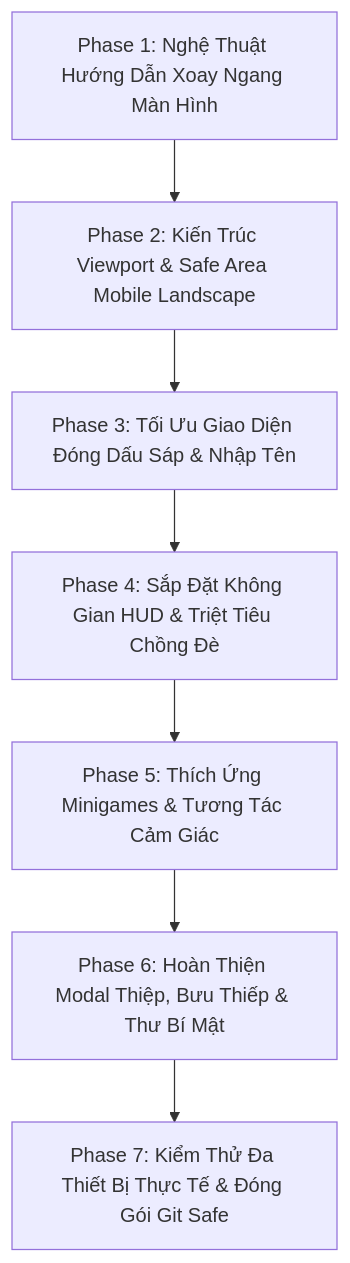
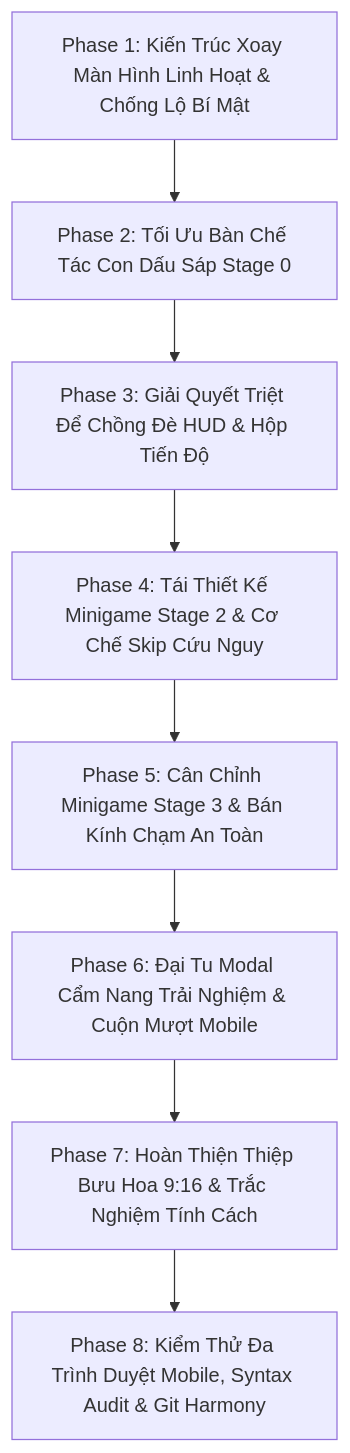
Before and after one commit to epic-qhqn/bi-mat-gi-o-day-nhi: the diagram in tasks/plan.md, drawn with Mermaid. The commit also changed other lines of this file and 1 other file, not shown here.

Commit message:
docs(plan): establish comprehensive 8-phase mobile UI overhaul based on iPhone 14 Safari audit

````diff
--- a/tasks/plan.md
+++ b/tasks/plan.md
@@ -33,9 +30,10 @@
 ```mermaid
 flowchart TD
-    P1["Phase 1: Nghệ Thuật Hướng Dẫn Xoay Ngang Màn Hình"] --> P2["Phase 2: Kiến Trúc Viewport & Safe Area Mobile Landscape"]
-    P2 --> P3["Phase 3: Tối Ưu Giao Diện Đóng Dấu Sáp & Nhập Tên"]
-    P3 --> P4["Phase 4: Sắp Đặt Không Gian HUD & Triệt Tiêu Chồng Đè"]
-    P4 --> P5["Phase 5: Thích Ứng Minigames & Tương Tác Cảm Giác"]
-    P5 --> P6["Phase 6: Hoàn Thiện Modal Thiệp, Bưu Thiếp & Thư Bí Mật"]
-    P6 --> P7["Phase 7: Kiểm Thử Đa Thiết Bị Thực Tế & Đóng Gói Git Safe"]
+    P1["Phase 1: Kiến Trúc Xoay Màn Hình Linh Hoạt & Chống Lộ Bí Mật"] --> P2["Phase 2: Tối Ưu Bàn Chế Tác Con Dấu Sáp Stage 0"]
+    P2 --> P3["Phase 3: Giải Quyết Triệt Để Chồng Đè HUD & Hộp Tiến Độ"]
+    P3 --> P4["Phase 4: Tái Thiết Kế Minigame Stage 2 & Cơ Chế Skip Cứu Nguy"]
+    P4 --> P5["Phase 5: Cân Chỉnh Minigame Stage 3 & Bán Kính Chạm An Toàn"]
+    P5 --> P6["Phase 6: Đại Tu Modal Cẩm Nang Trải Nghiệm & Cuộn Mượt Mobile"]
+    P6 --> P7["Phase 7: Hoàn Thiện Thiệp Bưu Hoa 9:16 & Trắc Nghiệm Tính Cách"]
+    P7 --> P8["Phase 8: Kiểm Thử Đa Trình Duyệt Mobile, Syntax Audit & Git Harmony"]
 ```
````
